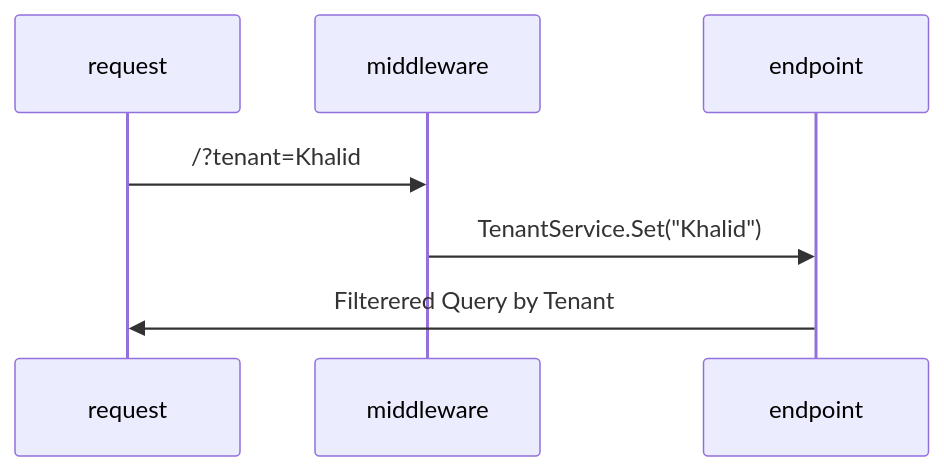
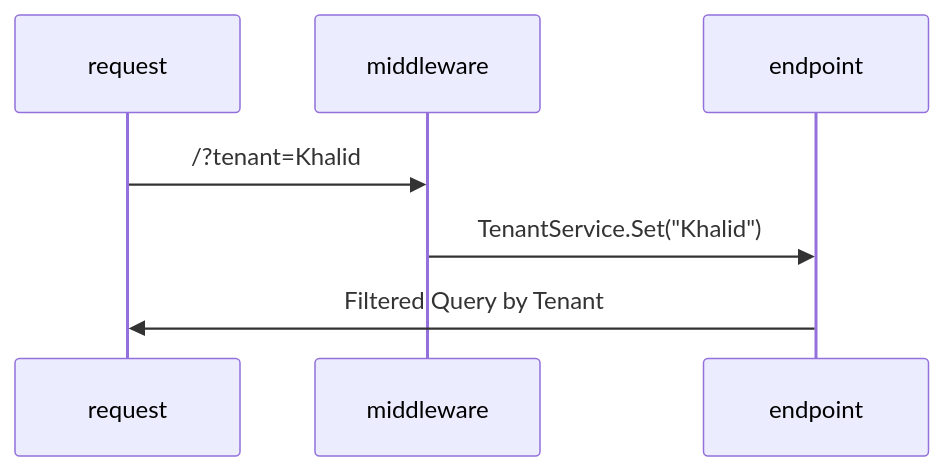
One commit to khalidabuhakmeh/EntityFrameworkCoreMultiTenancy changed the diagram in readme.md. Above: the diagram before and after it, drawn with Mermaid.

Commit message:
Khalid learns to spell "Filtered"

````diff
--- a/readme.md
+++ b/readme.md
@@ -8,9 +8,9 @@
 ```mermaid
 sequenceDiagram
     participant request
     participant middleware
     participant endpoint    
     request->>middleware: /?tenant=Khalid
     middleware->>endpoint: TenantService.Set("Khalid")
-    endpoint->>request: Filterered Query by Tenant
+    endpoint->>request: Filtered Query by Tenant
 ```
````
